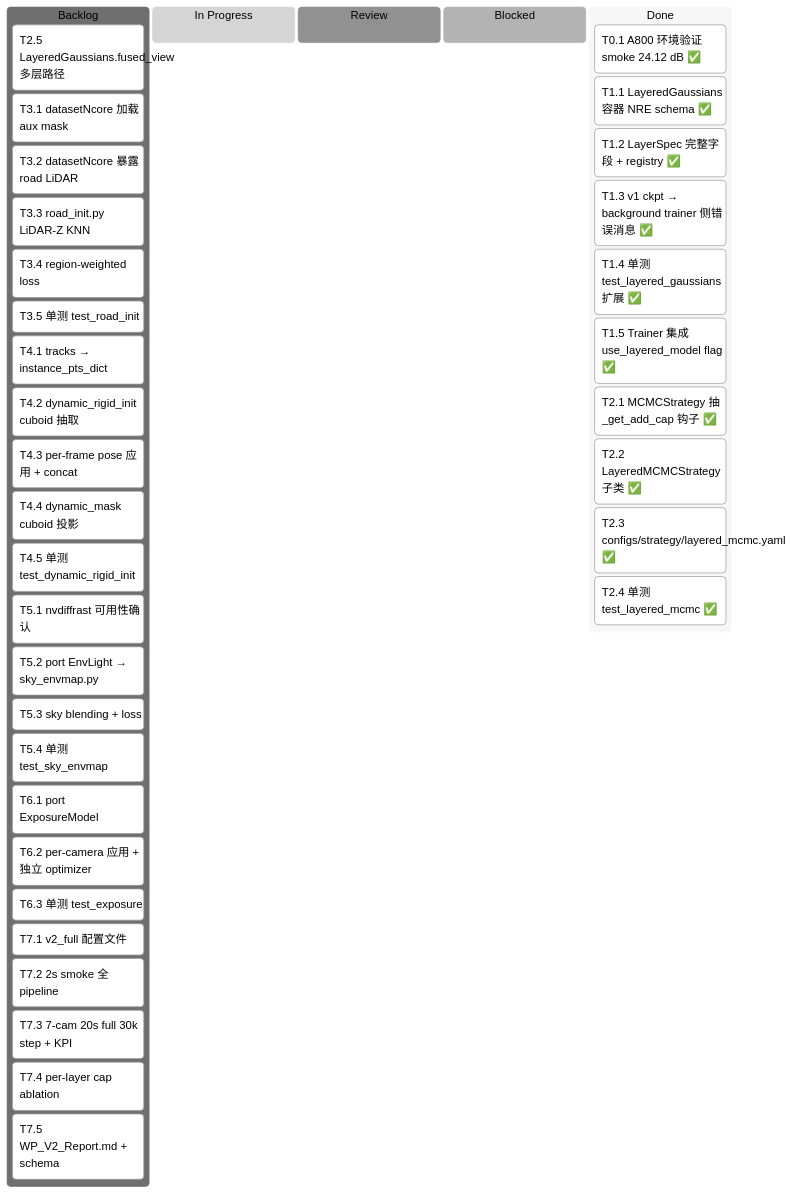
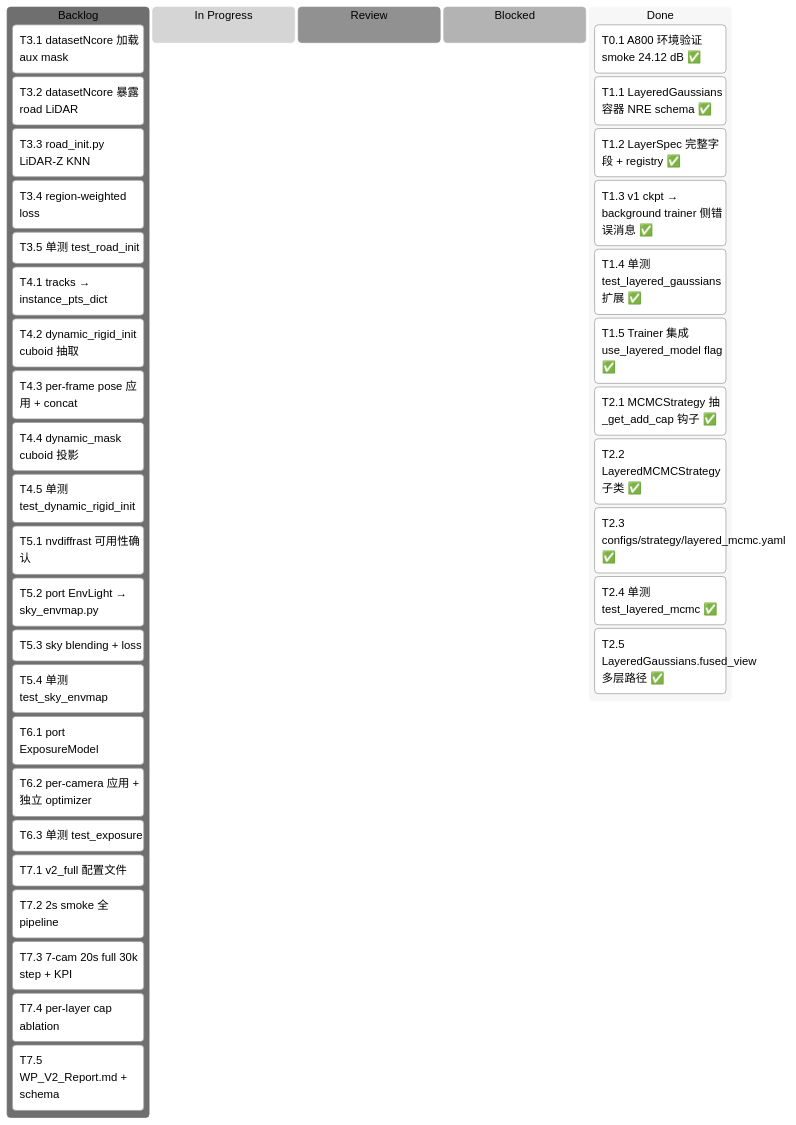
One commit to etendue/3dgrut changed the first of 3 diagrams in v2_plan.md. Above: the diagram before and after it, drawn with Mermaid (neutral theme). The commit also changed other lines of this file and 1 other file, not shown here.

````diff
--- a/v2_plan.md
+++ b/v2_plan.md
@@ -39,41 +39,41 @@
 ```mermaid
 kanban
   Backlog
-    [T2.5 LayeredGaussians.fused_view 多层路径]
     [T3.1 datasetNcore 加载 aux mask]
     [T3.2 datasetNcore 暴露 road LiDAR]
     [T3.3 road_init.py LiDAR-Z KNN]
     [T3.4 region-weighted loss]
     [T3.5 单测 test_road_init]
     [T4.1 tracks → instance_pts_dict]
     [T4.2 dynamic_rigid_init cuboid 抽取]
     [T4.3 per-frame pose 应用 + concat]
     [T4.4 dynamic_mask cuboid 投影]
     [T4.5 单测 test_dynamic_rigid_init]
     [T5.1 nvdiffrast 可用性确认]
     [T5.2 port EnvLight → sky_envmap.py]
     [T5.3 sky blending + loss]
     [T5.4 单测 test_sky_envmap]
     [T6.1 port ExposureModel]
     [T6.2 per-camera 应用 + 独立 optimizer]
     [T6.3 单测 test_exposure]
     [T7.1 v2_full 配置文件]
     [T7.2 2s smoke 全 pipeline]
     [T7.3 7-cam 20s full 30k step + KPI]
     [T7.4 per-layer cap ablation]
     [T7.5 WP_V2_Report.md + schema]
   In Progress
   Review
   Blocked
   Done
     [T0.1 A800 环境验证 smoke 24.12 dB ✅]
     [T1.1 LayeredGaussians 容器 NRE schema ✅]
     [T1.2 LayerSpec 完整字段 + registry ✅]
     [T1.3 v1 ckpt → background trainer 侧错误消息 ✅]
     [T1.4 单测 test_layered_gaussians 扩展 ✅]
     [T1.5 Trainer 集成 use_layered_model flag ✅]
     [T2.1 MCMCStrategy 抽 _get_add_cap 钩子 ✅]
     [T2.2 LayeredMCMCStrategy 子类 ✅]
     [T2.3 configs/strategy/layered_mcmc.yaml ✅]
     [T2.4 单测 test_layered_mcmc ✅]
+    [T2.5 LayeredGaussians.fused_view 多层路径 ✅]
 ```
````
